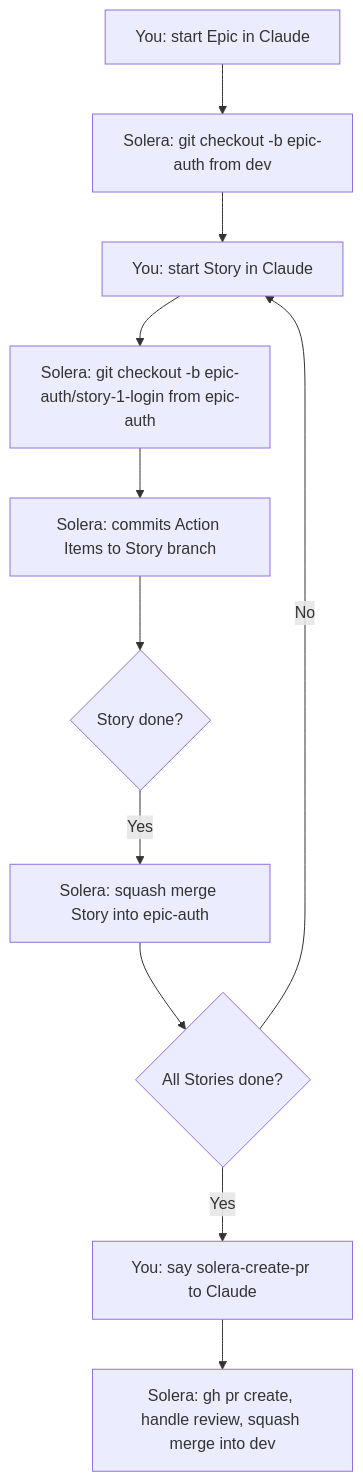
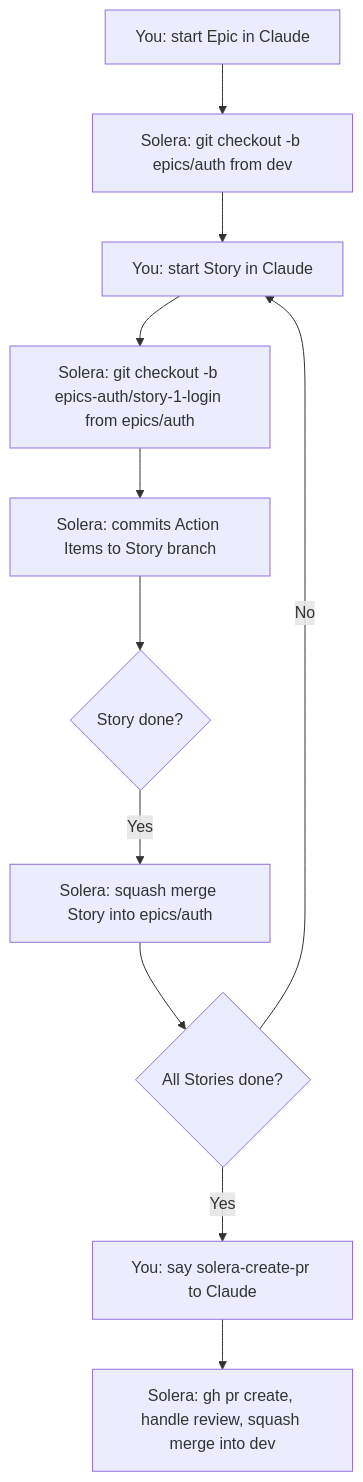
The diagram in solera/docs/team-workflow.md (noory-code/noory-ai), drawn with Mermaid before and after one commit. The commit also changed other lines of this file and 12 other files, not shown here.

First line of the commit message:
refactor(solera): change branch naming to epics/ namespace (v2.4.0)

````diff
--- a/solera/docs/team-workflow.md
+++ b/solera/docs/team-workflow.md
@@ -35,13 +35,13 @@
 ```mermaid
 flowchart TD
-    A[You: start Epic in Claude] --> B[Solera: git checkout -b epic-auth from dev]
+    A[You: start Epic in Claude] --> B[Solera: git checkout -b epics/auth from dev]
     B --> C[You: start Story in Claude]
-    C --> D[Solera: git checkout -b epic-auth/story-1-login from epic-auth]
+    C --> D[Solera: git checkout -b epics-auth/story-1-login from epics/auth]
     D --> E[Solera: commits Action Items to Story branch]
     E --> F{Story done?}
-    F -->|Yes| G[Solera: squash merge Story into epic-auth]
+    F -->|Yes| G[Solera: squash merge Story into epics/auth]
     G --> H{All Stories done?}
     H -->|No| C
     H -->|Yes| I[You: say solera-create-pr to Claude]
     I --> J[Solera: gh pr create, handle review, squash merge into dev]
 ```
````
